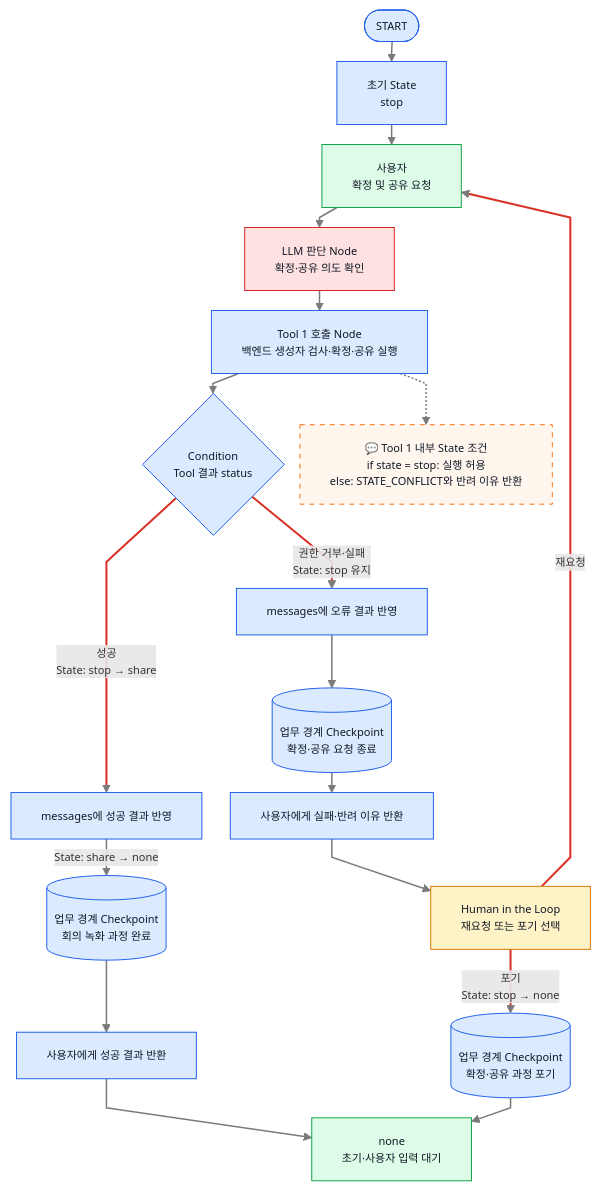
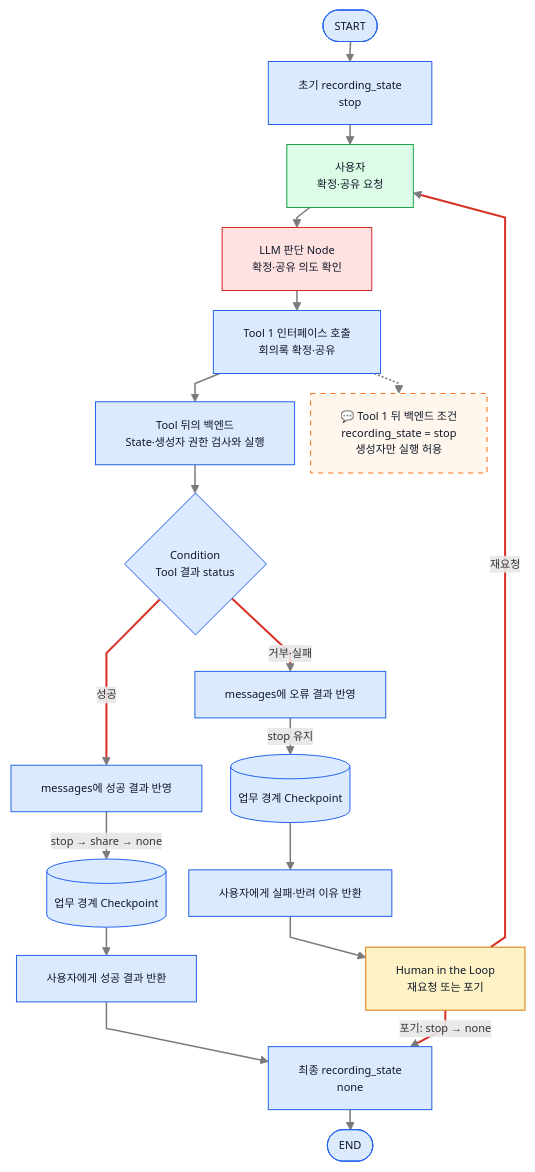
The sixth of 10 diagrams in ZENAI/에이전트 설계/회의록 에이전트 설계/1. 회의록 에이전트 워크플로우 graph 정의.md (ericyum/Obsidian), drawn with Mermaid before and after one commit. The commit also changed other lines of this file and 11 other files, not shown here.

````diff
--- a/ZENAI/에이전트 설계/회의록 에이전트 설계/1. 회의록 에이전트 워크플로우 graph 정의.md
+++ b/ZENAI/에이전트 설계/회의록 에이전트 설계/1. 회의록 에이전트 워크플로우 graph 정의.md
@@ -321,37 +256,34 @@
 ```mermaid
 %%{init: {"flowchart": {"useMaxWidth": true, "nodeSpacing": 16, "rankSpacing": 20, "curve": "linear"}, "themeVariables": {"fontSize": "11px"}}}%%
 flowchart TB
-    S(["START"]) --> IS["초기 State<br/>stop"]
-    IS --> U["사용자<br/>확정 및 공유 요청"]
+    S(["START"]) --> IS["초기 recording_state<br/>stop"]
+    IS --> U["사용자<br/>확정·공유 요청"]
     U --> A["LLM 판단 Node<br/>확정·공유 의도 확인"]
-    A --> T3["Tool 1 호출 Node<br/>백엔드 생성자 검사·확정·공유 실행"]
-    T3 --> C{"Condition<br/>Tool 결과 status"}
-    C -->|"성공<br/>State: stop → share"| SS["messages에 성공 결과 반영"]
-    C -->|"권한 거부·실패<br/>State: stop 유지"| SF["messages에 오류 결과 반영"]
-    SS -->|"State: share → none"| CPS[("업무 경계 Checkpoint<br/>회의 녹화 과정 완료")]
+    A --> T1["Tool 1 인터페이스 호출<br/>회의록 확정·공유"]
+    T1 --> B["Tool 뒤의 백엔드<br/>State·생성자 권한 검사와 실행"]
+    B --> C{"Condition<br/>Tool 결과 status"}
+    C -->|"성공"| SS["messages에 성공 결과 반영"]
+    C -->|"거부·실패"| SF["messages에 오류 결과 반영"]
+    SS -->|"stop → share → none"| CPS[("업무 경계 Checkpoint")]
+    SF -->|"stop 유지"| CPF[("업무 경계 Checkpoint")]
     CPS --> RS["사용자에게 성공 결과 반환"]
-    RS --> FN["none<br/>초기·사용자 입력 대기"]
-    SF --> CPF[("업무 경계 Checkpoint<br/>확정·공유 요청 종료")]
     CPF --> RF["사용자에게 실패·반려 이유 반환"]
-    RF --> H["Human in the Loop<br/>재요청 또는 포기 선택"]
+    RS --> FN["최종 recording_state<br/>none"]
+    RF --> H["Human in the Loop<br/>재요청 또는 포기"]
     H -->|"재요청"| U
-    H -->|"포기<br/>State: stop → none"| CPA[("업무 경계 Checkpoint<br/>확정·공유 과정 포기")]
-    CPA --> FN
-    T3 -.-> N3["💬 Tool 1 내부 State 조건<br/>if state = stop: 실행 허용<br/>else: STATE_CONFLICT와 반려 이유 반환"]
+    H -->|"포기: stop → none"| FN
+    FN --> E(["END"])
+    T1 -.-> N3["💬 Tool 1 뒤 백엔드 조건<br/>recording_state = stop<br/>생성자만 실행 허용"]
     classDef user fill:#dcfce7,stroke:#16a34a,color:#111827;
     classDef hitl fill:#fef3c7,stroke:#d97706,color:#111827;
     classDef internal fill:#dbeafe,stroke:#2563eb,color:#111827;
     classDef llm fill:#fee2e2,stroke:#dc2626,color:#111827;
-    classDef state fill:#dbeafe,stroke:#2563eb,color:#111827;
-    classDef idle fill:#dcfce7,stroke:#16a34a,color:#111827;
-    classDef note fill:#fff7ed,stroke:#f97316,color:#111827,stroke-dasharray: 5 5;
+    classDef note fill:#fff7ed,stroke:#f97316,color:#111827,stroke-dasharray:5 5;
     class U user;
     class H hitl;
-    class IS state;
-    class FN idle;
     class A llm;
     class N3 note;
-    class S,T3,C,SS,SF,CPS,RS,CPF,RF,CPA internal;
+    class S,IS,T1,B,C,SS,SF,CPS,CPF,RS,RF,FN,E internal;
     linkStyle default stroke:#7a7a7a,stroke-width:1.5px;
-    linkStyle 5,6,13,14 stroke:#d93025,stroke-width:2px;
+    linkStyle 6,7,14,15 stroke:#d93025,stroke-width:2px;
 ```
````
